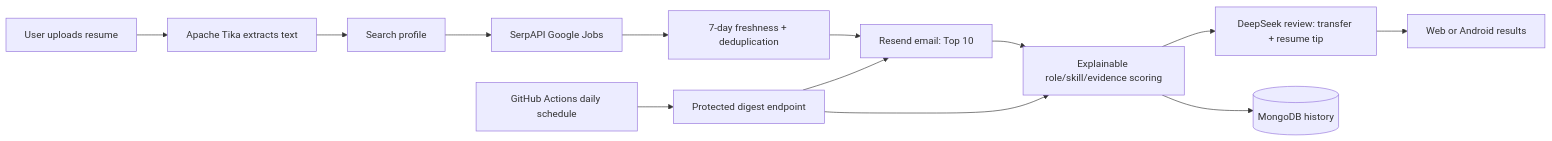
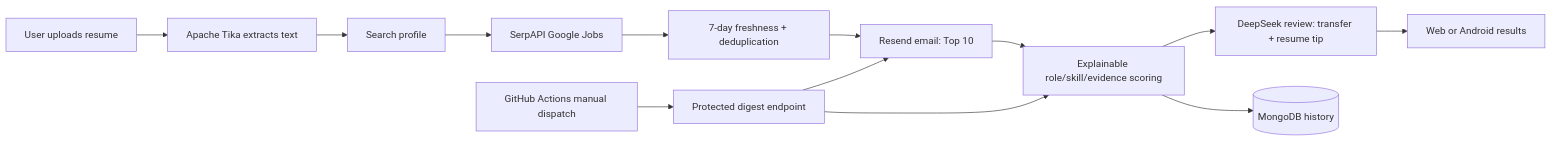
The diagram in README.md (RainaQiu/JobLens), drawn with Mermaid before and after one commit. The commit also changed other lines of this file and 2 other files, not shown here.

Commit message:
chore: pause automatic digest schedule

````diff
--- a/README.md
+++ b/README.md
@@ -24,15 +24,15 @@
 ```mermaid
 flowchart LR
     U[User uploads resume] --> T[Apache Tika extracts text]
     T --> P[Search profile]
     P --> S[SerpAPI Google Jobs]
     S --> F[7-day freshness + deduplication]
     F --> E[Hard eligibility: track + role + location]
     E --> R[Explainable role/skill/evidence scoring]
     R --> L[DeepSeek review: transfer + resume tip]
     L --> W[Web or Android results]
     R --> M[(MongoDB history)]
-    G[GitHub Actions daily schedule] --> D[Protected digest endpoint]
+    G[GitHub Actions manual dispatch] --> D[Protected digest endpoint]
     D --> R
     D --> E[Resend email: Top 10]
 ```
````
